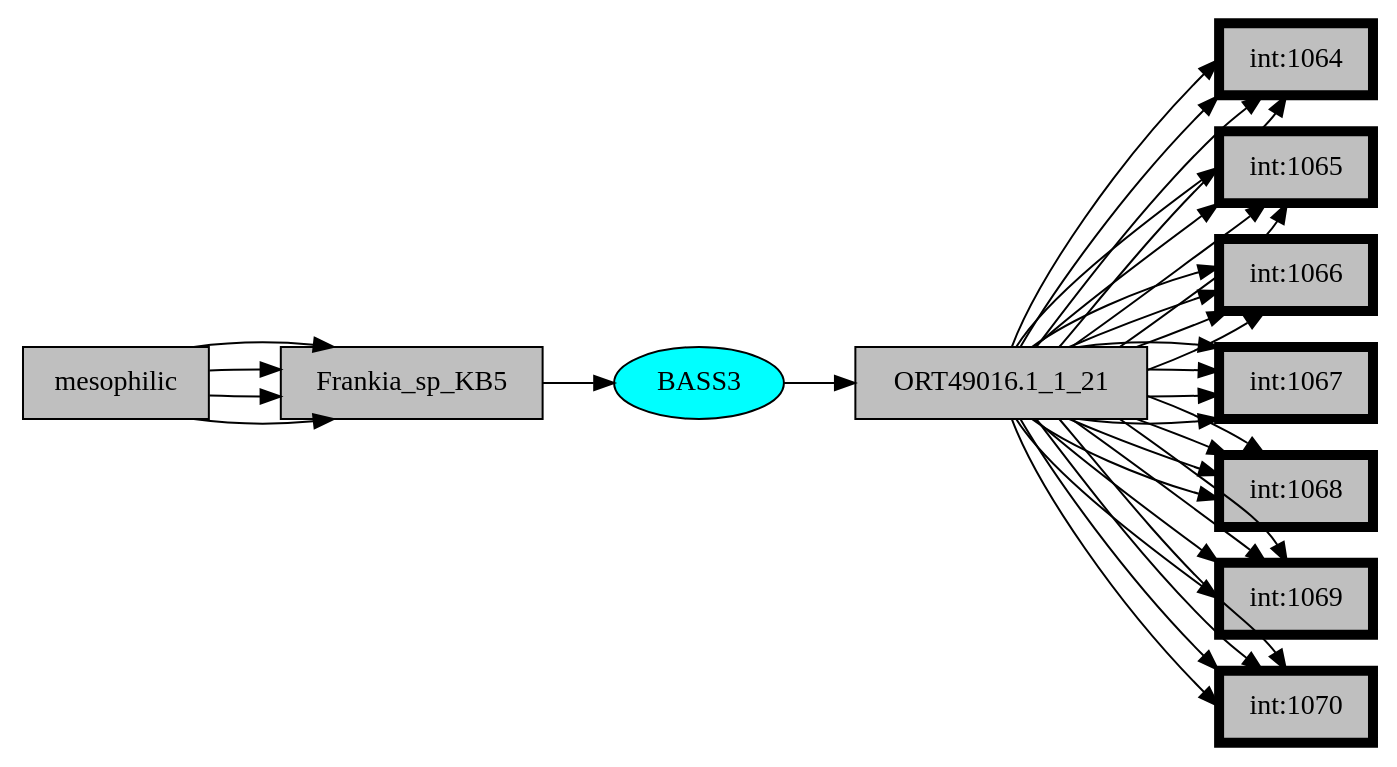
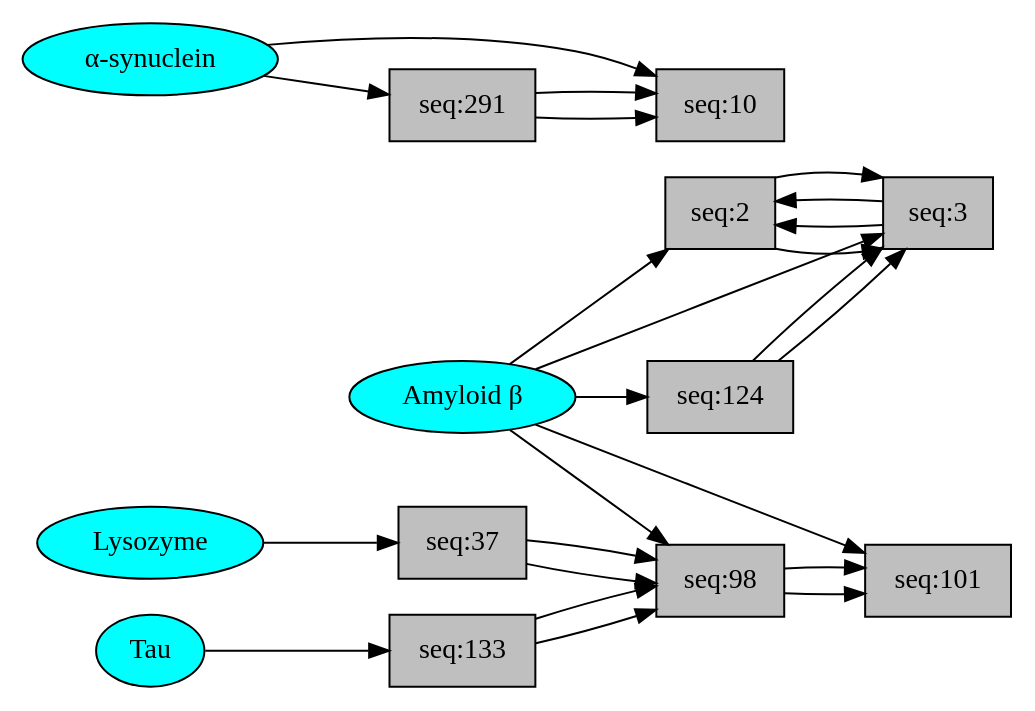
One commit to HPorada/AmyGraphDB changed the diagram in visualisation_functions/graphviz/result.dot. Above: the diagram before and after it, drawn with Graphviz. The commit also changed 12 other files, not shown here.

```diff
--- a/visualisation_functions/graphviz/result.dot
+++ b/visualisation_functions/graphviz/result.dot
@@ -1,166 +1,91 @@
 digraph result {
 	graph [rankdir=LR]
 	node [fillcolor="#bfbfbf" fixedsize=false shape=rectangle style=filled width=0.5]
-	"sequencesE/PPT_23" [label="ORT49016.1_1_21"]
-	node [color="#000000" fillcolor="#bfbfbf" penwidth=5 shape=box style=filled]
-	"interactionsE/1064" [label="int:1064"]
-	node [color="#000000" fillcolor="#bfbfbf" fixedsize=false fontcolor=black penwidth=1 shape=rectangle width=0.5]
-	"sequencesE/PPT_23" -> "interactionsE/1064"
-	"sequencesE/PPT_23" [label="ORT49016.1_1_21"]
-	node [color="#000000" fillcolor="#bfbfbf" penwidth=5 shape=box style=filled]
-	"interactionsE/1064" [label="int:1064"]
-	node [color="#000000" fillcolor="#bfbfbf" fixedsize=false fontcolor=black penwidth=1 shape=rectangle width=0.5]
-	"sequencesE/PPT_23" -> "interactionsE/1064"
-	"sequencesE/PPT_23" [label="ORT49016.1_1_21"]
-	node [color="#000000" fillcolor="#bfbfbf" penwidth=5 shape=box style=filled]
-	"interactionsE/1065" [label="int:1065"]
-	node [color="#000000" fillcolor="#bfbfbf" fixedsize=false fontcolor=black penwidth=1 shape=rectangle width=0.5]
-	"sequencesE/PPT_23" -> "interactionsE/1065"
-	"sequencesE/PPT_23" [label="ORT49016.1_1_21"]
-	node [color="#000000" fillcolor="#bfbfbf" penwidth=5 shape=box style=filled]
-	"interactionsE/1065" [label="int:1065"]
-	node [color="#000000" fillcolor="#bfbfbf" fixedsize=false fontcolor=black penwidth=1 shape=rectangle width=0.5]
-	"sequencesE/PPT_23" -> "interactionsE/1065"
-	"sequencesE/PPT_23" [label="ORT49016.1_1_21"]
-	node [color="#000000" fillcolor="#bfbfbf" penwidth=5 shape=box style=filled]
-	"interactionsE/1066" [label="int:1066"]
-	node [color="#000000" fillcolor="#bfbfbf" fixedsize=false fontcolor=black penwidth=1 shape=rectangle width=0.5]
-	"sequencesE/PPT_23" -> "interactionsE/1066"
-	"sequencesE/PPT_23" [label="ORT49016.1_1_21"]
-	node [color="#000000" fillcolor="#bfbfbf" penwidth=5 shape=box style=filled]
-	"interactionsE/1066" [label="int:1066"]
-	node [color="#000000" fillcolor="#bfbfbf" fixedsize=false fontcolor=black penwidth=1 shape=rectangle width=0.5]
-	"sequencesE/PPT_23" -> "interactionsE/1066"
-	"sequencesE/PPT_23" [label="ORT49016.1_1_21"]
-	node [color="#000000" fillcolor="#bfbfbf" penwidth=5 shape=box style=filled]
-	"interactionsE/1067" [label="int:1067"]
-	node [color="#000000" fillcolor="#bfbfbf" fixedsize=false fontcolor=black penwidth=1 shape=rectangle width=0.5]
-	"sequencesE/PPT_23" -> "interactionsE/1067"
-	"sequencesE/PPT_23" [label="ORT49016.1_1_21"]
-	node [color="#000000" fillcolor="#bfbfbf" penwidth=5 shape=box style=filled]
-	"interactionsE/1067" [label="int:1067"]
-	node [color="#000000" fillcolor="#bfbfbf" fixedsize=false fontcolor=black penwidth=1 shape=rectangle width=0.5]
-	"sequencesE/PPT_23" -> "interactionsE/1067"
-	"sequencesE/PPT_23" [label="ORT49016.1_1_21"]
-	node [color="#000000" fillcolor="#bfbfbf" penwidth=5 shape=box style=filled]
-	"interactionsE/1068" [label="int:1068"]
-	node [color="#000000" fillcolor="#bfbfbf" fixedsize=false fontcolor=black penwidth=1 shape=rectangle width=0.5]
-	"sequencesE/PPT_23" -> "interactionsE/1068"
-	"sequencesE/PPT_23" [label="ORT49016.1_1_21"]
-	node [color="#000000" fillcolor="#bfbfbf" penwidth=5 shape=box style=filled]
-	"interactionsE/1068" [label="int:1068"]
-	node [color="#000000" fillcolor="#bfbfbf" fixedsize=false fontcolor=black penwidth=1 shape=rectangle width=0.5]
-	"sequencesE/PPT_23" -> "interactionsE/1068"
-	"sequencesE/PPT_23" [label="ORT49016.1_1_21"]
-	node [color="#000000" fillcolor="#bfbfbf" penwidth=5 shape=box style=filled]
-	"interactionsE/1069" [label="int:1069"]
-	node [color="#000000" fillcolor="#bfbfbf" fixedsize=false fontcolor=black penwidth=1 shape=rectangle width=0.5]
-	"sequencesE/PPT_23" -> "interactionsE/1069"
-	"sequencesE/PPT_23" [label="ORT49016.1_1_21"]
-	node [color="#000000" fillcolor="#bfbfbf" penwidth=5 shape=box style=filled]
-	"interactionsE/1069" [label="int:1069"]
-	node [color="#000000" fillcolor="#bfbfbf" fixedsize=false fontcolor=black penwidth=1 shape=rectangle width=0.5]
-	"sequencesE/PPT_23" -> "interactionsE/1069"
-	"sequencesE/PPT_23" [label="ORT49016.1_1_21"]
-	node [color="#000000" fillcolor="#bfbfbf" penwidth=5 shape=box style=filled]
-	"interactionsE/1070" [label="int:1070"]
-	node [color="#000000" fillcolor="#bfbfbf" fixedsize=false fontcolor=black penwidth=1 shape=rectangle width=0.5]
-	"sequencesE/PPT_23" -> "interactionsE/1070"
-	"sequencesE/PPT_23" [label="ORT49016.1_1_21"]
-	node [color="#000000" fillcolor="#bfbfbf" penwidth=5 shape=box style=filled]
-	"interactionsE/1070" [label="int:1070"]
-	node [color="#000000" fillcolor="#bfbfbf" fixedsize=false fontcolor=black penwidth=1 shape=rectangle width=0.5]
-	"sequencesE/PPT_23" -> "interactionsE/1070"
-	"sequencesE/PPT_23" [label="ORT49016.1_1_21"]
+	"sequences/2" [label="seq:2"]
+	"sequences/3" [label="seq:3"]
+	"sequences/2" -> "sequences/3"
+	"sequences/2" [label="seq:2"]
+	"sequences/3" [label="seq:3"]
+	"sequences/3" -> "sequences/2"
+	"sequences/3" [label="seq:3"]
+	"sequences/2" [label="seq:2"]
+	"sequences/3" -> "sequences/2"
+	"sequences/3" [label="seq:3"]
+	"sequences/124" [label="seq:124"]
+	"sequences/124" -> "sequences/3"
+	"sequences/3" [label="seq:3"]
+	"sequences/2" [label="seq:2"]
+	"sequences/2" -> "sequences/3"
+	"sequences/10" [label="seq:10"]
+	"sequences/291" [label="seq:291"]
+	"sequences/291" -> "sequences/10"
+	"sequences/37" [label="seq:37"]
+	"sequences/98" [label="seq:98"]
+	"sequences/37" -> "sequences/98"
+	"sequences/98" [label="seq:98"]
+	"sequences/101" [label="seq:101"]
+	"sequences/98" -> "sequences/101"
+	"sequences/98" [label="seq:98"]
+	"sequences/133" [label="seq:133"]
+	"sequences/133" -> "sequences/98"
+	"sequences/98" [label="seq:98"]
+	"sequences/37" [label="seq:37"]
+	"sequences/37" -> "sequences/98"
+	"sequences/101" [label="seq:101"]
+	"sequences/98" [label="seq:98"]
+	"sequences/98" -> "sequences/101"
+	"sequences/124" [label="seq:124"]
+	"sequences/3" [label="seq:3"]
+	"sequences/124" -> "sequences/3"
+	"sequences/133" [label="seq:133"]
+	"sequences/98" [label="seq:98"]
+	"sequences/133" -> "sequences/98"
+	"sequences/291" [label="seq:291"]
+	"sequences/10" [label="seq:10"]
+	"sequences/291" -> "sequences/10"
+	"sequences/3" [label="seq:3"]
 	node [fillcolor=aqua shape=ellipse]
-	"amyloidsE/BASS3" [label=BASS3]
+	"amyloids/Amyloid_beta" [label="Amyloid β"]
 	node [fillcolor="#bfbfbf" fixedsize=false shape=rectangle width=0.5]
-	"amyloidsE/BASS3" -> "sequencesE/PPT_23"
+	"amyloids/Amyloid_beta" -> "sequences/3"
+	"sequences/2" [label="seq:2"]
 	node [fillcolor=aqua shape=ellipse]
-	"amyloidsE/BASS3" [label=BASS3]
+	"amyloids/Amyloid_beta" [label="Amyloid β"]
 	node [fillcolor="#bfbfbf" fixedsize=false shape=rectangle width=0.5]
-	"organismsE/Frankia_sp_KB5" [label=Frankia_sp_KB5]
-	"organismsE/Frankia_sp_KB5" -> "amyloidsE/BASS3"
-	"organismsE/Frankia_sp_KB5" [label=Frankia_sp_KB5]
-	"temperaturesE/mesophilic" [label=mesophilic]
-	"temperaturesE/mesophilic" -> "organismsE/Frankia_sp_KB5"
-	"organismsE/Frankia_sp_KB5" [label=Frankia_sp_KB5]
-	"temperaturesE/mesophilic" [label=mesophilic]
-	"temperaturesE/mesophilic" -> "organismsE/Frankia_sp_KB5"
-	"organismsE/Frankia_sp_KB5" [label=Frankia_sp_KB5]
-	"temperaturesE/mesophilic" [label=mesophilic]
-	"temperaturesE/mesophilic" -> "organismsE/Frankia_sp_KB5"
-	"organismsE/Frankia_sp_KB5" [label=Frankia_sp_KB5]
-	"temperaturesE/mesophilic" [label=mesophilic]
-	"temperaturesE/mesophilic" -> "organismsE/Frankia_sp_KB5"
-	node [color="#000000" fillcolor="#bfbfbf" penwidth=5 shape=box style=filled]
-	"interactionsE/1064" [label="int:1064"]
-	node [color="#000000" fillcolor="#bfbfbf" fixedsize=false fontcolor=black penwidth=1 shape=rectangle width=0.5]
-	"sequencesE/PPT_23" [label="ORT49016.1_1_21"]
-	"sequencesE/PPT_23" -> "interactionsE/1064"
-	node [color="#000000" fillcolor="#bfbfbf" penwidth=5 shape=box style=filled]
-	"interactionsE/1064" [label="int:1064"]
-	node [color="#000000" fillcolor="#bfbfbf" fixedsize=false fontcolor=black penwidth=1 shape=rectangle width=0.5]
-	"sequencesE/PPT_23" [label="ORT49016.1_1_21"]
-	"sequencesE/PPT_23" -> "interactionsE/1064"
-	node [color="#000000" fillcolor="#bfbfbf" penwidth=5 shape=box style=filled]
-	"interactionsE/1065" [label="int:1065"]
-	node [color="#000000" fillcolor="#bfbfbf" fixedsize=false fontcolor=black penwidth=1 shape=rectangle width=0.5]
-	"sequencesE/PPT_23" [label="ORT49016.1_1_21"]
-	"sequencesE/PPT_23" -> "interactionsE/1065"
-	node [color="#000000" fillcolor="#bfbfbf" penwidth=5 shape=box style=filled]
-	"interactionsE/1065" [label="int:1065"]
-	node [color="#000000" fillcolor="#bfbfbf" fixedsize=false fontcolor=black penwidth=1 shape=rectangle width=0.5]
-	"sequencesE/PPT_23" [label="ORT49016.1_1_21"]
-	"sequencesE/PPT_23" -> "interactionsE/1065"
-	node [color="#000000" fillcolor="#bfbfbf" penwidth=5 shape=box style=filled]
-	"interactionsE/1066" [label="int:1066"]
-	node [color="#000000" fillcolor="#bfbfbf" fixedsize=false fontcolor=black penwidth=1 shape=rectangle width=0.5]
-	"sequencesE/PPT_23" [label="ORT49016.1_1_21"]
-	"sequencesE/PPT_23" -> "interactionsE/1066"
-	node [color="#000000" fillcolor="#bfbfbf" penwidth=5 shape=box style=filled]
-	"interactionsE/1066" [label="int:1066"]
-	node [color="#000000" fillcolor="#bfbfbf" fixedsize=false fontcolor=black penwidth=1 shape=rectangle width=0.5]
-	"sequencesE/PPT_23" [label="ORT49016.1_1_21"]
-	"sequencesE/PPT_23" -> "interactionsE/1066"
-	node [color="#000000" fillcolor="#bfbfbf" penwidth=5 shape=box style=filled]
-	"interactionsE/1067" [label="int:1067"]
-	node [color="#000000" fillcolor="#bfbfbf" fixedsize=false fontcolor=black penwidth=1 shape=rectangle width=0.5]
-	"sequencesE/PPT_23" [label="ORT49016.1_1_21"]
-	"sequencesE/PPT_23" -> "interactionsE/1067"
-	node [color="#000000" fillcolor="#bfbfbf" penwidth=5 shape=box style=filled]
-	"interactionsE/1067" [label="int:1067"]
-	node [color="#000000" fillcolor="#bfbfbf" fixedsize=false fontcolor=black penwidth=1 shape=rectangle width=0.5]
-	"sequencesE/PPT_23" [label="ORT49016.1_1_21"]
-	"sequencesE/PPT_23" -> "interactionsE/1067"
-	node [color="#000000" fillcolor="#bfbfbf" penwidth=5 shape=box style=filled]
-	"interactionsE/1068" [label="int:1068"]
-	node [color="#000000" fillcolor="#bfbfbf" fixedsize=false fontcolor=black penwidth=1 shape=rectangle width=0.5]
-	"sequencesE/PPT_23" [label="ORT49016.1_1_21"]
-	"sequencesE/PPT_23" -> "interactionsE/1068"
-	node [color="#000000" fillcolor="#bfbfbf" penwidth=5 shape=box style=filled]
-	"interactionsE/1068" [label="int:1068"]
-	node [color="#000000" fillcolor="#bfbfbf" fixedsize=false fontcolor=black penwidth=1 shape=rectangle width=0.5]
-	"sequencesE/PPT_23" [label="ORT49016.1_1_21"]
-	"sequencesE/PPT_23" -> "interactionsE/1068"
-	node [color="#000000" fillcolor="#bfbfbf" penwidth=5 shape=box style=filled]
-	"interactionsE/1069" [label="int:1069"]
-	node [color="#000000" fillcolor="#bfbfbf" fixedsize=false fontcolor=black penwidth=1 shape=rectangle width=0.5]
-	"sequencesE/PPT_23" [label="ORT49016.1_1_21"]
-	"sequencesE/PPT_23" -> "interactionsE/1069"
-	node [color="#000000" fillcolor="#bfbfbf" penwidth=5 shape=box style=filled]
-	"interactionsE/1069" [label="int:1069"]
-	node [color="#000000" fillcolor="#bfbfbf" fixedsize=false fontcolor=black penwidth=1 shape=rectangle width=0.5]
-	"sequencesE/PPT_23" [label="ORT49016.1_1_21"]
-	"sequencesE/PPT_23" -> "interactionsE/1069"
-	node [color="#000000" fillcolor="#bfbfbf" penwidth=5 shape=box style=filled]
-	"interactionsE/1070" [label="int:1070"]
-	node [color="#000000" fillcolor="#bfbfbf" fixedsize=false fontcolor=black penwidth=1 shape=rectangle width=0.5]
-	"sequencesE/PPT_23" [label="ORT49016.1_1_21"]
-	"sequencesE/PPT_23" -> "interactionsE/1070"
-	node [color="#000000" fillcolor="#bfbfbf" penwidth=5 shape=box style=filled]
-	"interactionsE/1070" [label="int:1070"]
-	node [color="#000000" fillcolor="#bfbfbf" fixedsize=false fontcolor=black penwidth=1 shape=rectangle width=0.5]
-	"sequencesE/PPT_23" [label="ORT49016.1_1_21"]
-	"sequencesE/PPT_23" -> "interactionsE/1070"
+	"amyloids/Amyloid_beta" -> "sequences/2"
+	"sequences/124" [label="seq:124"]
+	node [fillcolor=aqua shape=ellipse]
+	"amyloids/Amyloid_beta" [label="Amyloid β"]
+	node [fillcolor="#bfbfbf" fixedsize=false shape=rectangle width=0.5]
+	"amyloids/Amyloid_beta" -> "sequences/124"
+	"sequences/291" [label="seq:291"]
+	node [fillcolor=aqua shape=ellipse]
+	"amyloids/alpha-synuclein" [label="α-synuclein"]
+	node [fillcolor="#bfbfbf" fixedsize=false shape=rectangle width=0.5]
+	"amyloids/alpha-synuclein" -> "sequences/291"
+	"sequences/98" [label="seq:98"]
+	node [fillcolor=aqua shape=ellipse]
+	"amyloids/Amyloid_beta" [label="Amyloid β"]
+	node [fillcolor="#bfbfbf" fixedsize=false shape=rectangle width=0.5]
+	"amyloids/Amyloid_beta" -> "sequences/98"
+	"sequences/101" [label="seq:101"]
+	node [fillcolor=aqua shape=ellipse]
+	"amyloids/Amyloid_beta" [label="Amyloid β"]
+	node [fillcolor="#bfbfbf" fixedsize=false shape=rectangle width=0.5]
+	"amyloids/Amyloid_beta" -> "sequences/101"
+	"sequences/133" [label="seq:133"]
+	node [fillcolor=aqua shape=ellipse]
+	"amyloids/Tau" [label=Tau]
+	node [fillcolor="#bfbfbf" fixedsize=false shape=rectangle width=0.5]
+	"amyloids/Tau" -> "sequences/133"
+	"sequences/37" [label="seq:37"]
+	node [fillcolor=aqua shape=ellipse]
+	"amyloids/Lysozyme" [label=Lysozyme]
+	node [fillcolor="#bfbfbf" fixedsize=false shape=rectangle width=0.5]
+	"amyloids/Lysozyme" -> "sequences/37"
+	"sequences/10" [label="seq:10"]
+	node [fillcolor=aqua shape=ellipse]
+	"amyloids/alpha-synuclein" [label="α-synuclein"]
+	node [fillcolor="#bfbfbf" fixedsize=false shape=rectangle width=0.5]
+	"amyloids/alpha-synuclein" -> "sequences/10"
 }
```
